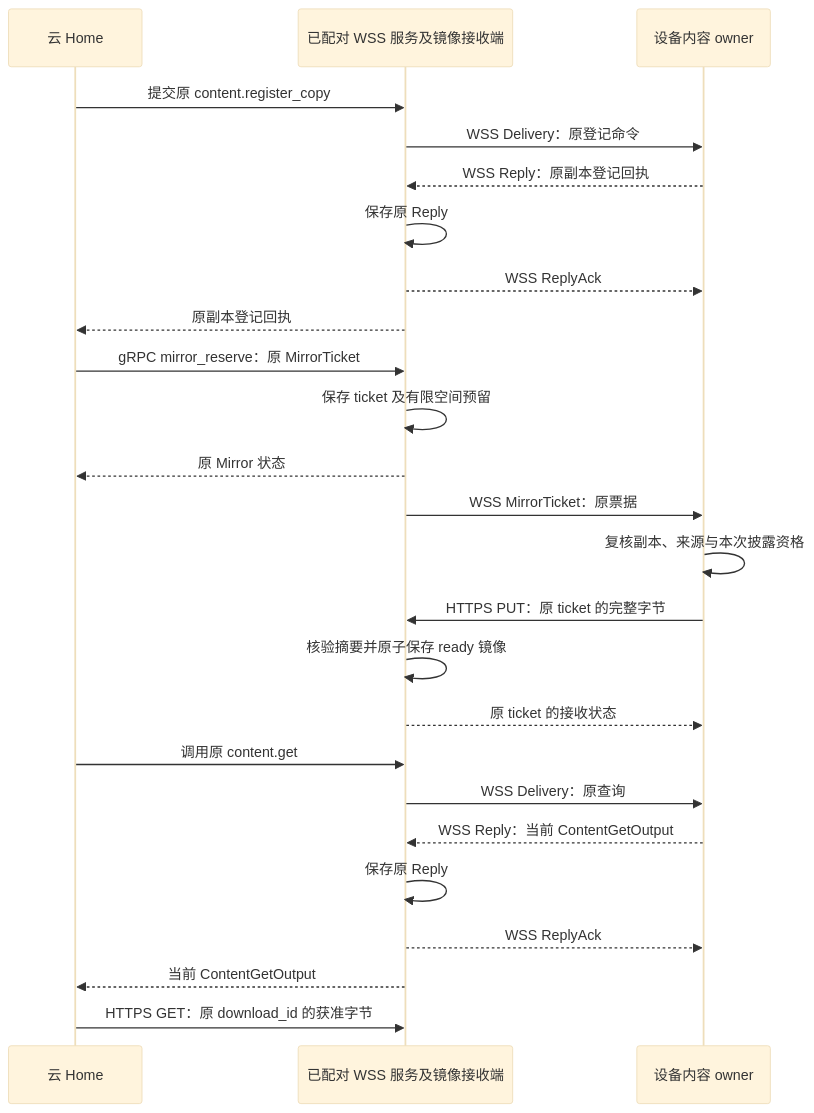
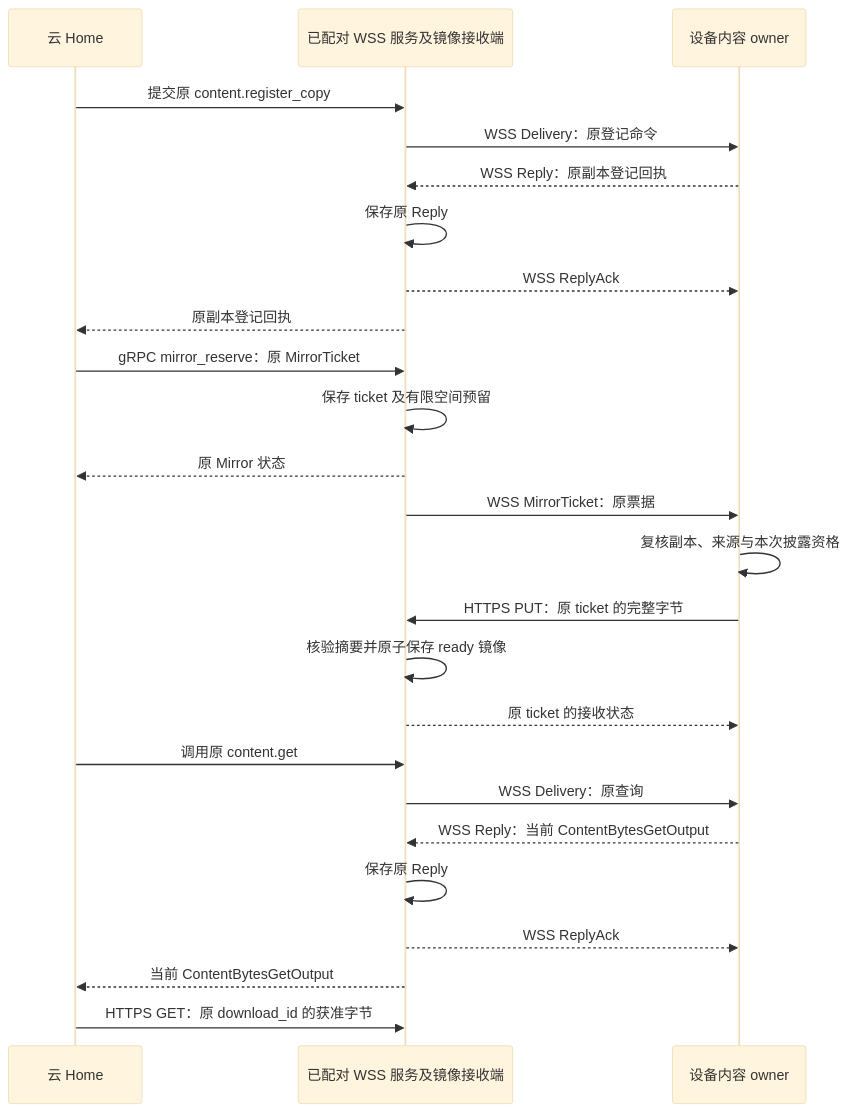
The seventh of 7 diagrams in docs/architecture/memory/implementation.md (ruipengliu/lerna), drawn with Mermaid (base theme) before and after one commit. The commit also changed other lines of this file and 95 other files, not shown here.

Commit message:
docs: define production distributed architecture

````diff
--- a/docs/architecture/memory/implementation.md
+++ b/docs/architecture/memory/implementation.md
@@ -393,27 +450,27 @@
 ```mermaid
 sequenceDiagram
     participant H as 云 Home
     participant R as 已配对 WSS 服务及镜像接收端
     participant O as 设备内容 owner
     H->>R: 提交原 content.register_copy
     R->>O: WSS Delivery：原登记命令
     O-->>R: WSS Reply：原副本登记回执
     R->>R: 保存原 Reply
     R-->>O: WSS ReplyAck
     R-->>H: 原副本登记回执
     H->>R: gRPC mirror_reserve：原 MirrorTicket
     R->>R: 保存 ticket 及有限空间预留
     R-->>H: 原 Mirror 状态
     R->>O: WSS MirrorTicket：原票据
     O->>O: 复核副本、来源与本次披露资格
     O->>R: HTTPS PUT：原 ticket 的完整字节
     R->>R: 核验摘要并原子保存 ready 镜像
     R-->>O: 原 ticket 的接收状态
     H->>R: 调用原 content.get
     R->>O: WSS Delivery：原查询
-    O-->>R: WSS Reply：当前 ContentGetOutput
+    O-->>R: WSS Reply：当前 ContentBytesGetOutput
     R->>R: 保存原 Reply
     R-->>O: WSS ReplyAck
-    R-->>H: 当前 ContentGetOutput
+    R-->>H: 当前 ContentBytesGetOutput
     H->>R: HTTPS GET：原 download_id 的获准字节
 ```
````
